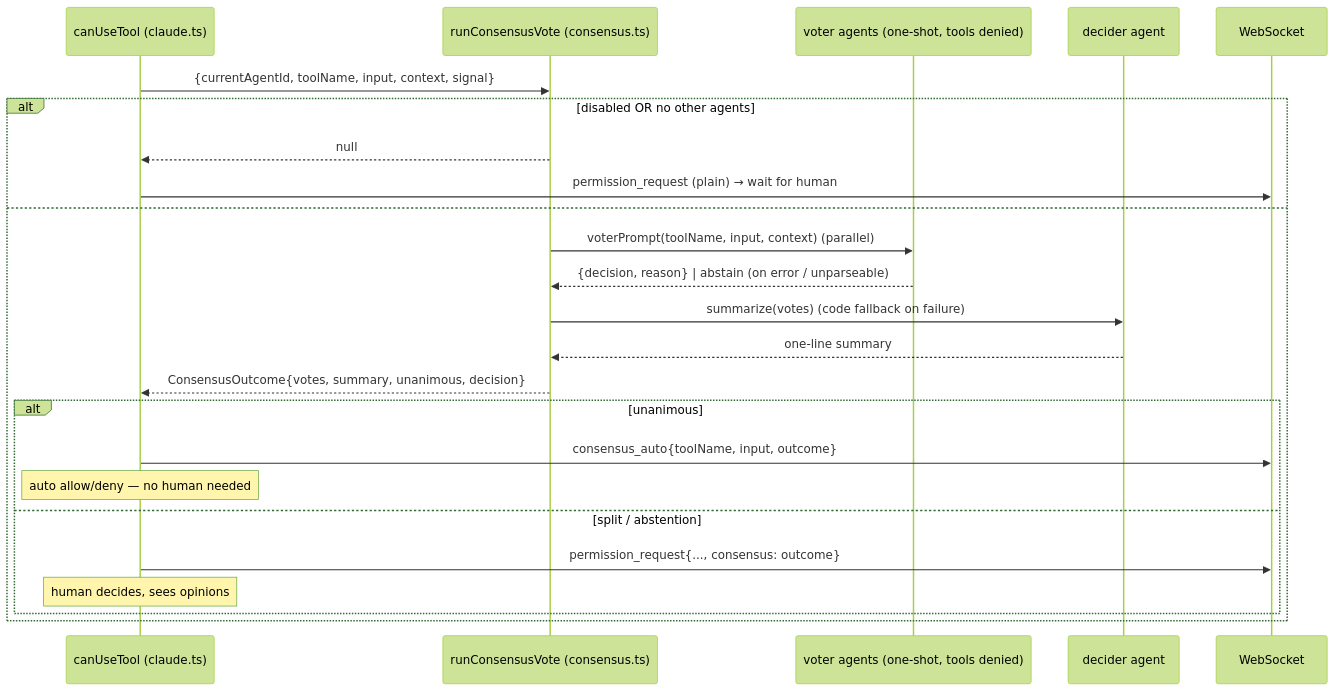
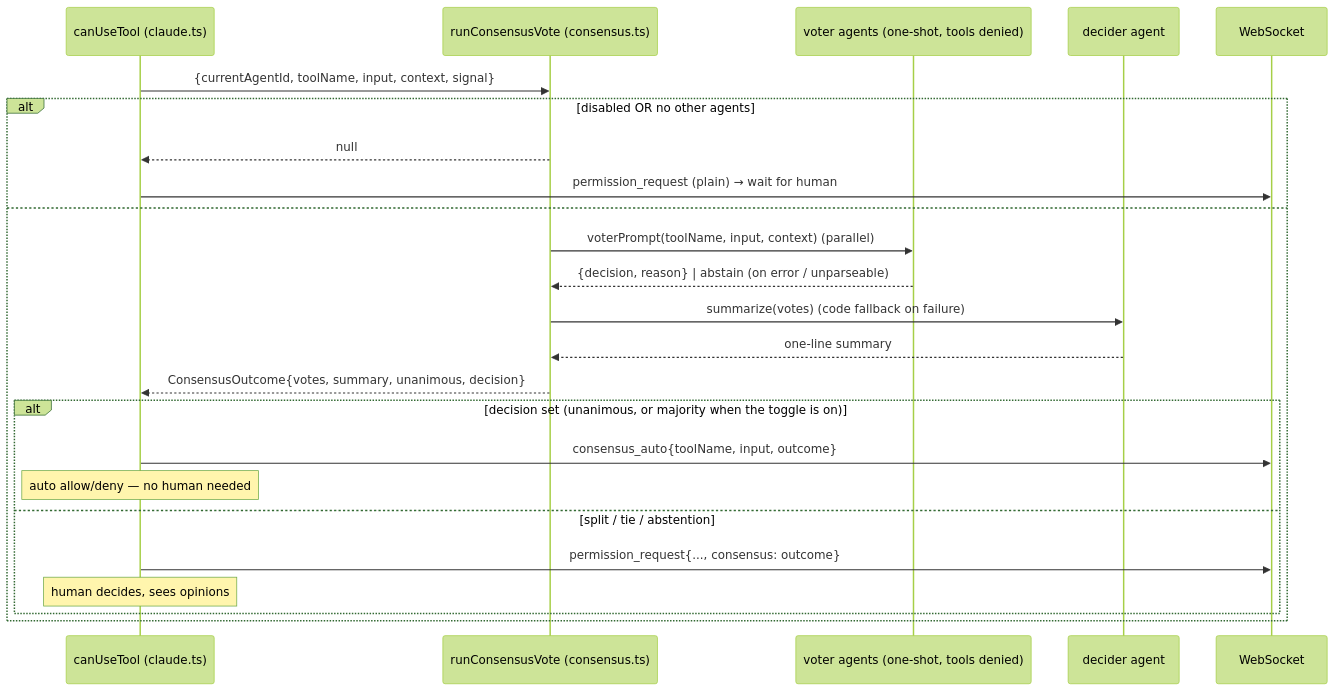
Before and after one commit to sequencestream/c3: the diagram in specs/domains/core/permission-gateway/consensus.md, drawn with Mermaid (forest theme). The commit also changed other lines of this file and 6 other files, not shown here.

````diff
--- a/specs/domains/core/permission-gateway/consensus.md
+++ b/specs/domains/core/permission-gateway/consensus.md
@@ -55,27 +72,27 @@
 ```mermaid
 sequenceDiagram
     participant GW as canUseTool (claude.ts)
     participant CO as runConsensusVote (consensus.ts)
     participant V as voter agents (one-shot, tools denied)
     participant D as decider agent
     participant WS as WebSocket
 
     GW->>CO: {currentAgentId, toolName, input, context, signal}
     alt disabled OR no other agents
         CO-->>GW: null
         GW->>WS: permission_request (plain) → wait for human
     else
         CO->>V: voterPrompt(toolName, input, context)  (parallel)
         V-->>CO: {decision, reason} | abstain (on error / unparseable)
         CO->>D: summarize(votes)  (code fallback on failure)
         D-->>CO: one-line summary
         CO-->>GW: ConsensusOutcome{votes, summary, unanimous, decision}
-        alt unanimous
+        alt decision set (unanimous, or majority when the toggle is on)
             GW->>WS: consensus_auto{toolName, input, outcome}
             Note over GW: auto allow/deny — no human needed
-        else split / abstention
+        else split / tie / abstention
             GW->>WS: permission_request{..., consensus: outcome}
             Note over GW: human decides, sees opinions
         end
     end
 ```
````
